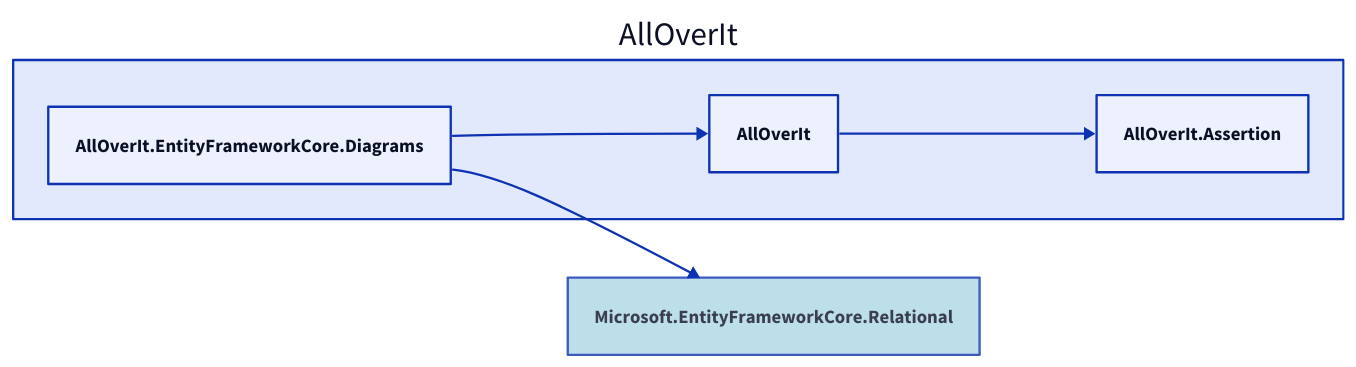
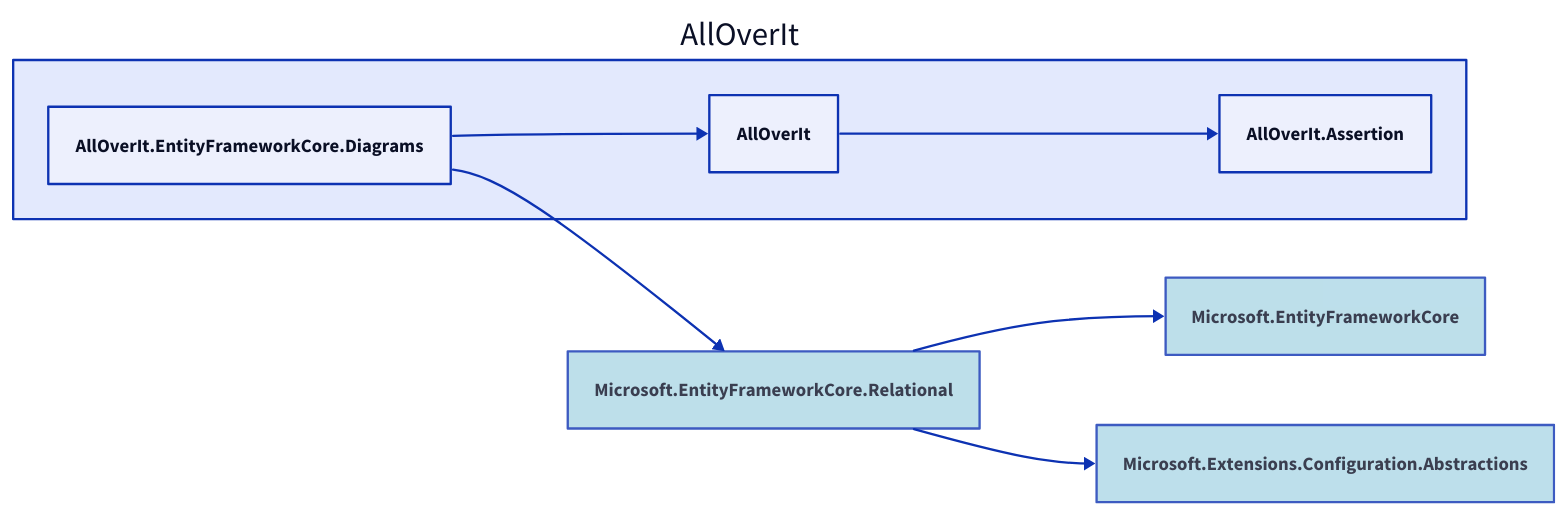
The diagram in Docs/Dependencies/alloverit-entityframeworkcore-diagrams.d2 (nickathone/AllOverIt), drawn with D2 before and after one commit. The commit also changed 48 other files, not shown here.

Commit message:
Some dependency diagram updates - WIP

```diff
--- a/Docs/Dependencies/alloverit-entityframeworkcore-diagrams.d2
+++ b/Docs/Dependencies/alloverit-entityframeworkcore-diagrams.d2
@@ -1,13 +1,21 @@
 direction: right
 
 aoi: AllOverIt
 aoi.alloverit-entityframeworkcore-diagrams: AllOverIt.EntityFrameworkCore.Diagrams
 aoi.alloverit: AllOverIt
 aoi.alloverit-assertion: AllOverIt.Assertion
 microsoft-entityframeworkcore-relational: Microsoft.EntityFrameworkCore.Relational
 microsoft-entityframeworkcore-relational.style.fill: lightblue
 microsoft-entityframeworkcore-relational.style.opacity: 0.8
+microsoft-entityframeworkcore: Microsoft.EntityFrameworkCore
+microsoft-entityframeworkcore.style.fill: lightblue
+microsoft-entityframeworkcore.style.opacity: 0.8
+microsoft-extensions-configuration-abstractions: Microsoft.Extensions.Configuration.Abstractions
+microsoft-extensions-configuration-abstractions.style.fill: lightblue
+microsoft-extensions-configuration-abstractions.style.opacity: 0.8
 
 aoi.alloverit <- aoi.alloverit-entityframeworkcore-diagrams
 aoi.alloverit-assertion <- aoi.alloverit
 microsoft-entityframeworkcore-relational <- aoi.alloverit-entityframeworkcore-diagrams
+microsoft-entityframeworkcore <- microsoft-entityframeworkcore-relational
+microsoft-extensions-configuration-abstractions <- microsoft-entityframeworkcore-relational
```
